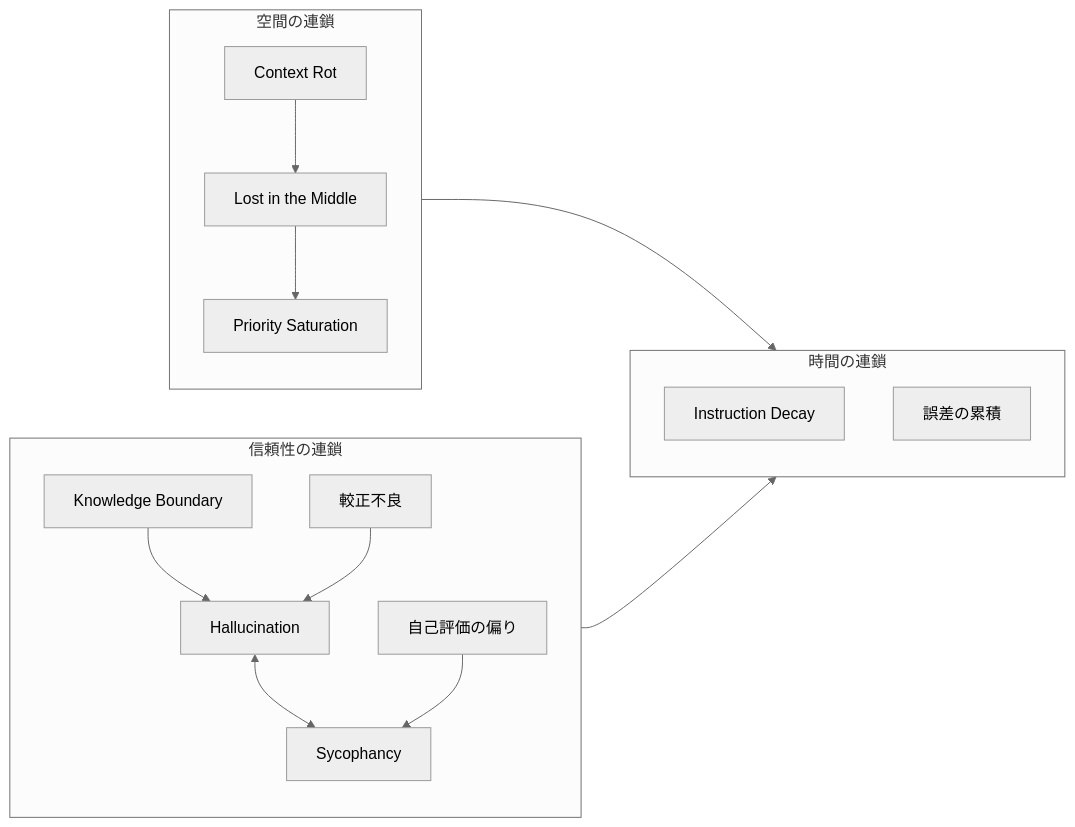
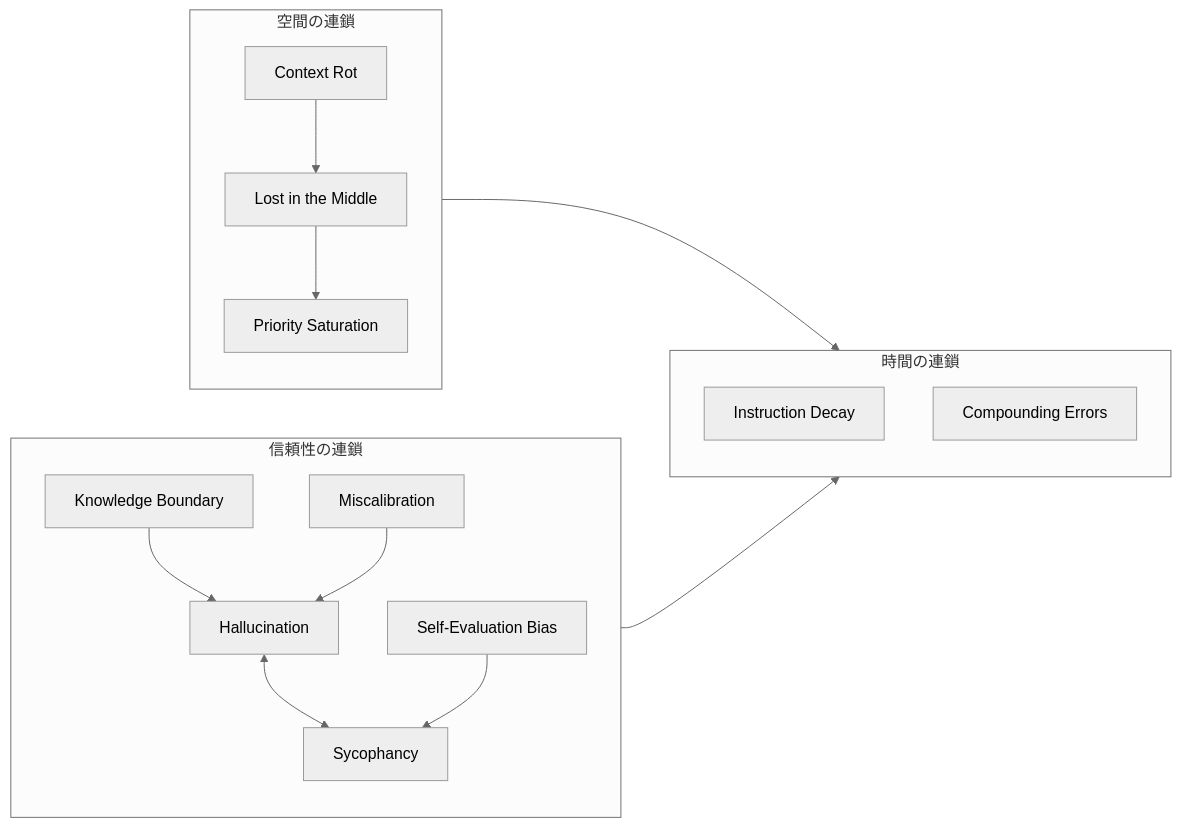
One commit to shuji-bonji/zenn-articles changed the second of 3 diagrams in articles/llm-17-constraints.md. Above: the diagram before and after it, drawn with Mermaid (neutral theme). The commit also changed other lines of this file, not shown here.

````diff
--- a/articles/llm-17-constraints.md
+++ b/articles/llm-17-constraints.md
@@ -190,18 +192,18 @@
 ```mermaid
 flowchart LR
   subgraph S1["空間の連鎖"]
     a1["Context Rot"] --> a2["Lost in the Middle"] --> a3["Priority Saturation"]
   end
   subgraph S2["信頼性の連鎖"]
     b3["Knowledge Boundary"] --> b1["Hallucination"]
-    b4["較正不良"] --> b1
+    b4["Miscalibration"] --> b1
     b1 <--> b2["Sycophancy"]
-    b6["自己評価の偏り"] --> b2
+    b6["Self-Evaluation Bias"] --> b2
   end
   subgraph S3["時間の連鎖"]
     d1["Instruction Decay"]
-    d2["誤差の累積"]
+    d2["Compounding Errors"]
   end
   S1 --> S3
   S2 --> S3
 ```
````
